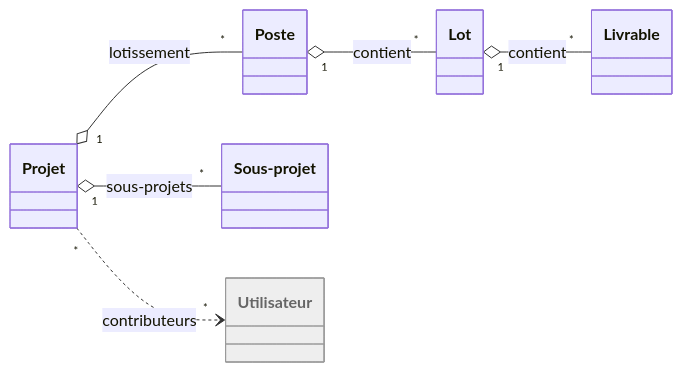
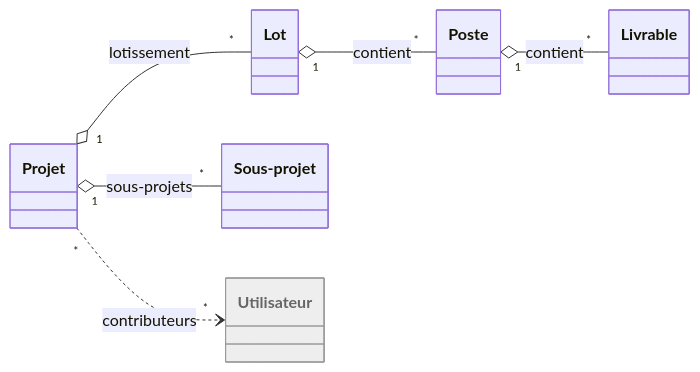
Before and after one commit to waterfall-project/wf-project: the diagram in docs/spec/figures/decoupage-projet.mmd, drawn with Mermaid. The commit also changed 11 other files, not shown here.

```diff
--- a/docs/spec/figures/decoupage-projet.mmd
+++ b/docs/spec/figures/decoupage-projet.mmd
@@ -1,16 +1,16 @@
 classDiagram
     direction LR
     class Projet["Projet"]
+    class Lot["Lot"]
     class Poste["Poste"]
-    class Lot["Lot"]
     class Livrable["Livrable"]
     class SousProjet["Sous-projet"]
     class Utilisateur["Utilisateur"]
 
-    Projet "1" o-- "*" Poste : lotissement
-    Poste "1" o-- "*" Lot : contient
-    Lot "1" o-- "*" Livrable : contient
+    Projet "1" o-- "*" Lot : lotissement
+    Lot "1" o-- "*" Poste : contient
+    Poste "1" o-- "*" Livrable : contient
     Projet "1" o-- "*" SousProjet : sous-projets
     Projet "*" ..> "*" Utilisateur : contributeurs
 
     style Utilisateur fill:#eeeeee,stroke:#999999,color:#666666
```
